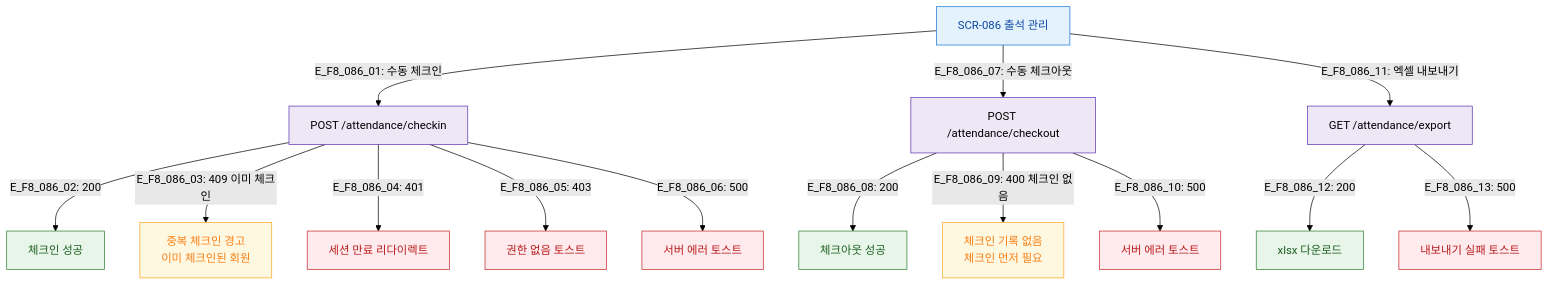
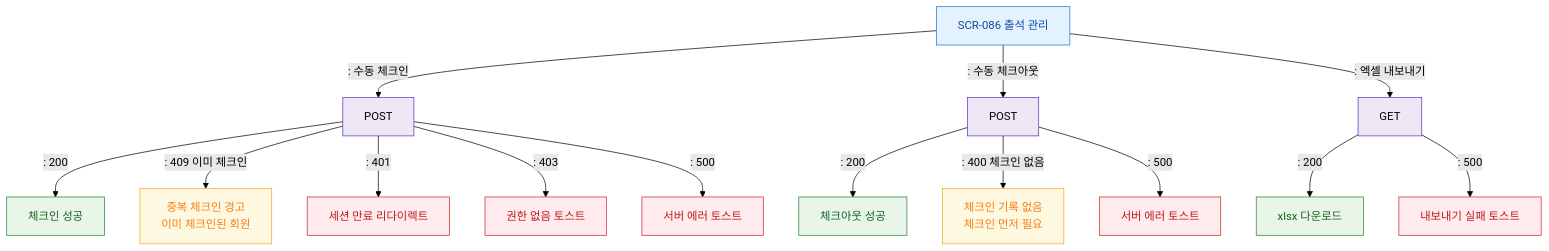
The diagram in docs/다이어그램/D09_설정관리/SCR-086_출석관리_회원/F8_에러예외복구.md (dev-spogym/admin-pando), drawn with Mermaid (forest theme) before and after one commit. The commit also changed other lines of this file and 1660 other files, not shown here.

First line of the commit message:
다이어그램: 기획자/클라이언트 납품본으로 정리

````diff
--- a/docs/다이어그램/D09_설정관리/SCR-086_출석관리_회원/F8_에러예외복구.md
+++ b/docs/다이어그램/D09_설정관리/SCR-086_출석관리_회원/F8_에러예외복구.md
@@ -14,31 +12,31 @@
 ```mermaid
 flowchart TD
     SCR086[SCR-086 출석 관리]
 
-    SCR086 -->|"E_F8_086_01: 수동 체크인"| CheckinReq[POST /attendance/checkin]
-    CheckinReq -->|"E_F8_086_02: 200"| CheckinOK[체크인 성공]
-    CheckinReq -->|"E_F8_086_03: 409 이미 체크인"| E_Dup[중복 체크인 경고\n이미 체크인된 회원]
-    CheckinReq -->|"E_F8_086_04: 401"| E_Auth[세션 만료 리다이렉트]
-    CheckinReq -->|"E_F8_086_05: 403"| E_Perm[권한 없음 토스트]
-    CheckinReq -->|"E_F8_086_06: 500"| E_Server[서버 에러 토스트]
+    SCR086 -->|": 수동 체크인"|CheckinReq[POST]
+    CheckinReq -->|": 200"|CheckinOK[체크인 성공]
+    CheckinReq -->|": 409 이미 체크인"|E_Dup[중복 체크인 경고\n이미 체크인된 회원]
+    CheckinReq -->|": 401"|E_Auth[세션 만료 리다이렉트]
+    CheckinReq -->|": 403"|E_Perm[권한 없음 토스트]
+    CheckinReq -->|": 500"|E_Server[서버 에러 토스트]
 
-    SCR086 -->|"E_F8_086_07: 수동 체크아웃"| CheckoutReq[POST /attendance/checkout]
-    CheckoutReq -->|"E_F8_086_08: 200"| CheckoutOK[체크아웃 성공]
-    CheckoutReq -->|"E_F8_086_09: 400 체크인 없음"| E_NoCheckin[체크인 기록 없음\n체크인 먼저 필요]
-    CheckoutReq -->|"E_F8_086_10: 500"| E_Server2[서버 에러 토스트]
+    SCR086 -->|": 수동 체크아웃"|CheckoutReq[POST]
+    CheckoutReq -->|": 200"|CheckoutOK[체크아웃 성공]
+    CheckoutReq -->|": 400 체크인 없음"|E_NoCheckin[체크인 기록 없음\n체크인 먼저 필요]
+    CheckoutReq -->|": 500"|E_Server2[서버 에러 토스트]
 
-    SCR086 -->|"E_F8_086_11: 엑셀 내보내기"| ExportReq[GET /attendance/export]
-    ExportReq -->|"E_F8_086_12: 200"| ExportOK[xlsx 다운로드]
-    ExportReq -->|"E_F8_086_13: 500"| E_Export[내보내기 실패 토스트]
+    SCR086 -->|": 엑셀 내보내기"|ExportReq[GET]
+    ExportReq -->|": 200"|ExportOK[xlsx 다운로드]
+    ExportReq -->|": 500"|E_Export[내보내기 실패 토스트]
 
     classDef screen fill:#E3F2FD,stroke:#1976D2,color:#0D47A1
     classDef error fill:#FFEBEE,stroke:#C62828,color:#B71C1C
     classDef success fill:#E8F5E9,stroke:#2E7D32,color:#1B5E20
     classDef warning fill:#FFF8E1,stroke:#F9A825,color:#F57F17
     classDef system fill:#EDE7F6,stroke:#5E35B2
     class SCR086 screen
     class CheckinOK,CheckoutOK,ExportOK success
     class E_Dup,E_NoCheckin warning
     class E_Auth,E_Perm,E_Server,E_Server2,E_Export error
     class CheckinReq,CheckoutReq,ExportReq system
 ```
````
